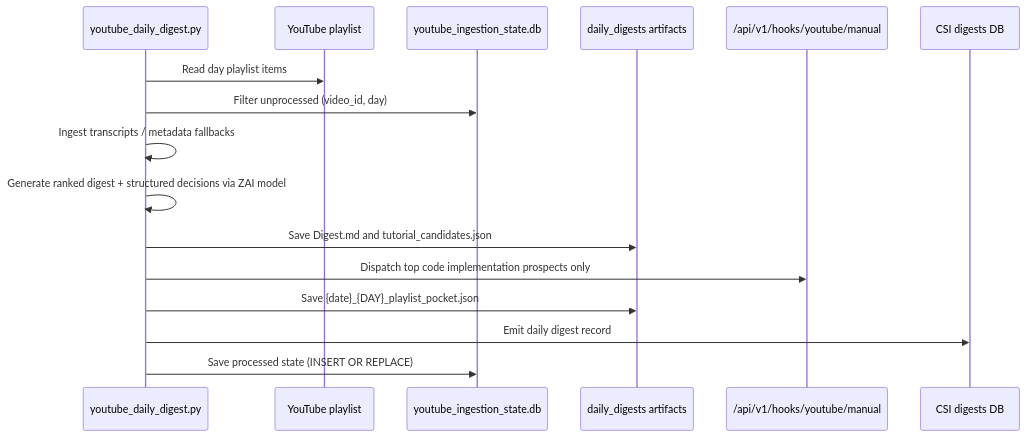
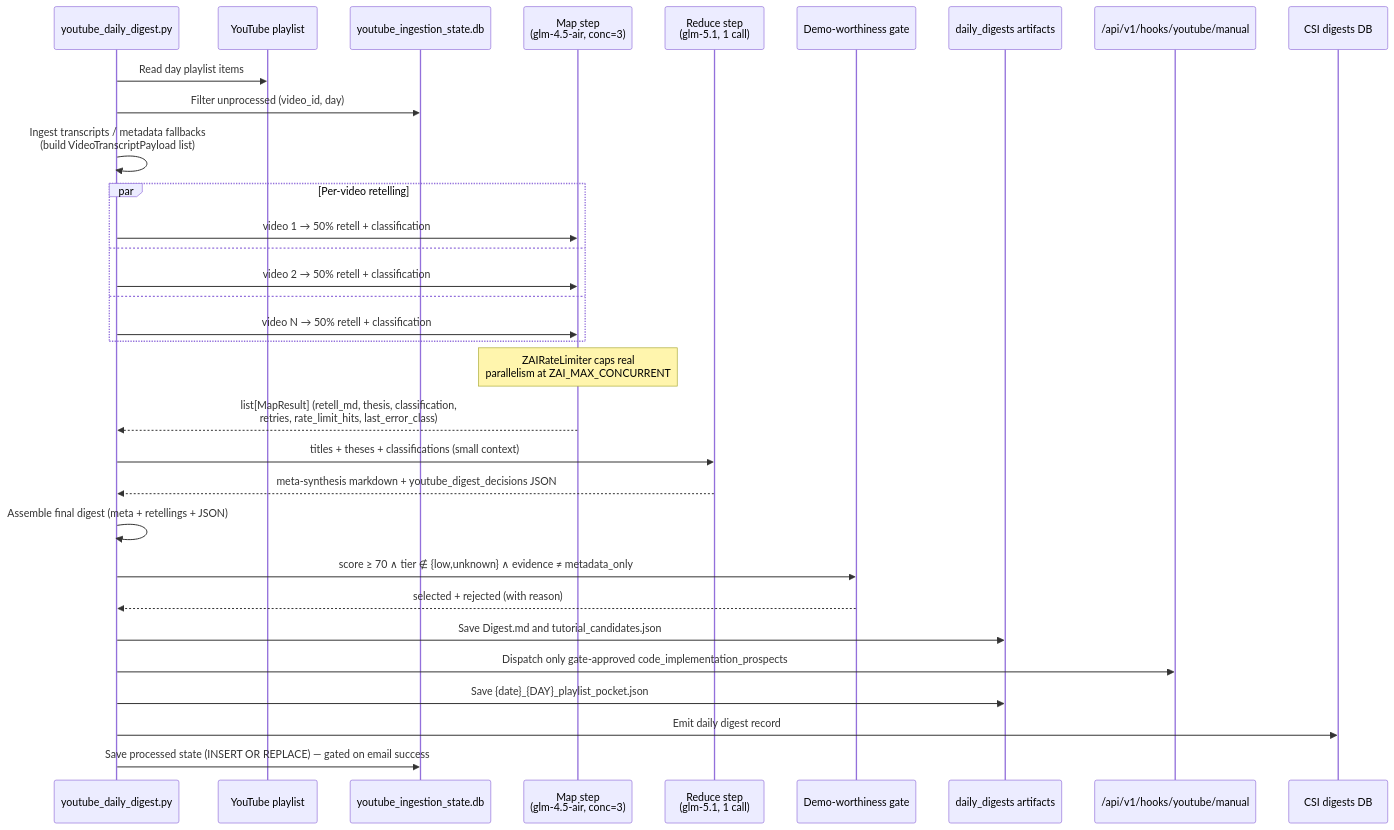
Before and after one commit to Kjdragan/universal_agent: the first of 2 diagrams in docs/03_Operations/99_Tutorial_Pipeline_Architecture_And_Operations.md, drawn with Mermaid. The commit also changed other lines of this file and 1 other file, not shown here.

First line of the commit message:
docs(youtube-digest): document map-reduce pipeline, 50% retell, demo gate, comparison harness (PRs #356/#357/#360/#361/#363)

````diff
--- a/docs/03_Operations/99_Tutorial_Pipeline_Architecture_And_Operations.md
+++ b/docs/03_Operations/99_Tutorial_Pipeline_Architecture_And_Operations.md
@@ -57,19 +76,35 @@
 ```mermaid
 sequenceDiagram
     participant Cron as youtube_daily_digest.py
     participant YT as YouTube playlist
     participant DB as youtube_ingestion_state.db
+    participant Map as Map step<br/>(glm-4.5-air, conc=3)
+    participant Reduce as Reduce step<br/>(glm-5.1, 1 call)
+    participant Gate as Demo-worthiness gate
     participant FS as daily_digests artifacts
     participant Hooks as /api/v1/hooks/youtube/manual
     participant CSI as CSI digests DB
 
     Cron->>YT: Read day playlist items
     Cron->>DB: Filter unprocessed (video_id, day)
-    Cron->>Cron: Ingest transcripts / metadata fallbacks
-    Cron->>Cron: Generate ranked digest + structured decisions via ZAI model
+    Cron->>Cron: Ingest transcripts / metadata fallbacks<br/>(build VideoTranscriptPayload list)
+    par Per-video retelling
+        Cron->>Map: video 1 → 50% retell + classification
+    and
+        Cron->>Map: video 2 → 50% retell + classification
+    and
+        Cron->>Map: video N → 50% retell + classification
+    end
+    Note over Map: ZAIRateLimiter caps real<br/>parallelism at ZAI_MAX_CONCURRENT
+    Map-->>Cron: list[MapResult] (retell_md, thesis, classification,<br/>retries, rate_limit_hits, last_error_class)
+    Cron->>Reduce: titles + theses + classifications (small context)
+    Reduce-->>Cron: meta-synthesis markdown + youtube_digest_decisions JSON
+    Cron->>Cron: Assemble final digest (meta + retellings + JSON)
+    Cron->>Gate: score ≥ 70 ∧ tier ∉ {low,unknown} ∧ evidence ≠ metadata_only
+    Gate-->>Cron: selected + rejected (with reason)
     Cron->>FS: Save Digest.md and tutorial_candidates.json
-    Cron->>Hooks: Dispatch top code implementation prospects only
+    Cron->>Hooks: Dispatch only gate-approved code_implementation_prospects
     Cron->>FS: Save {date}_{DAY}_playlist_pocket.json
     Cron->>CSI: Emit daily digest record
-    Cron->>DB: Save processed state (INSERT OR REPLACE)
+    Cron->>DB: Save processed state (INSERT OR REPLACE) — gated on email success
 ```
````
